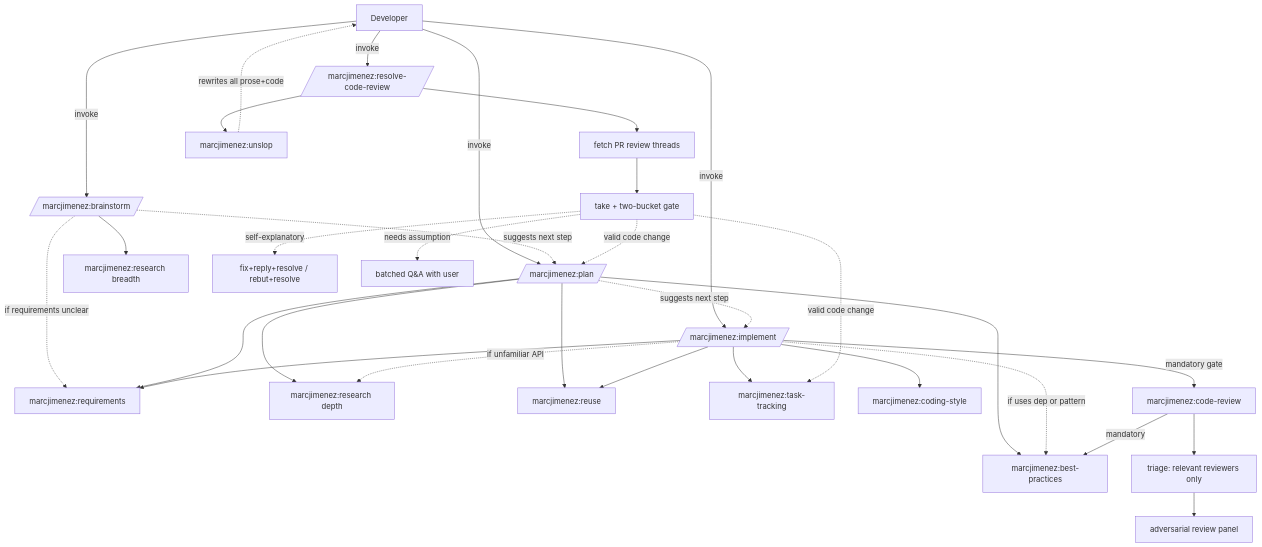
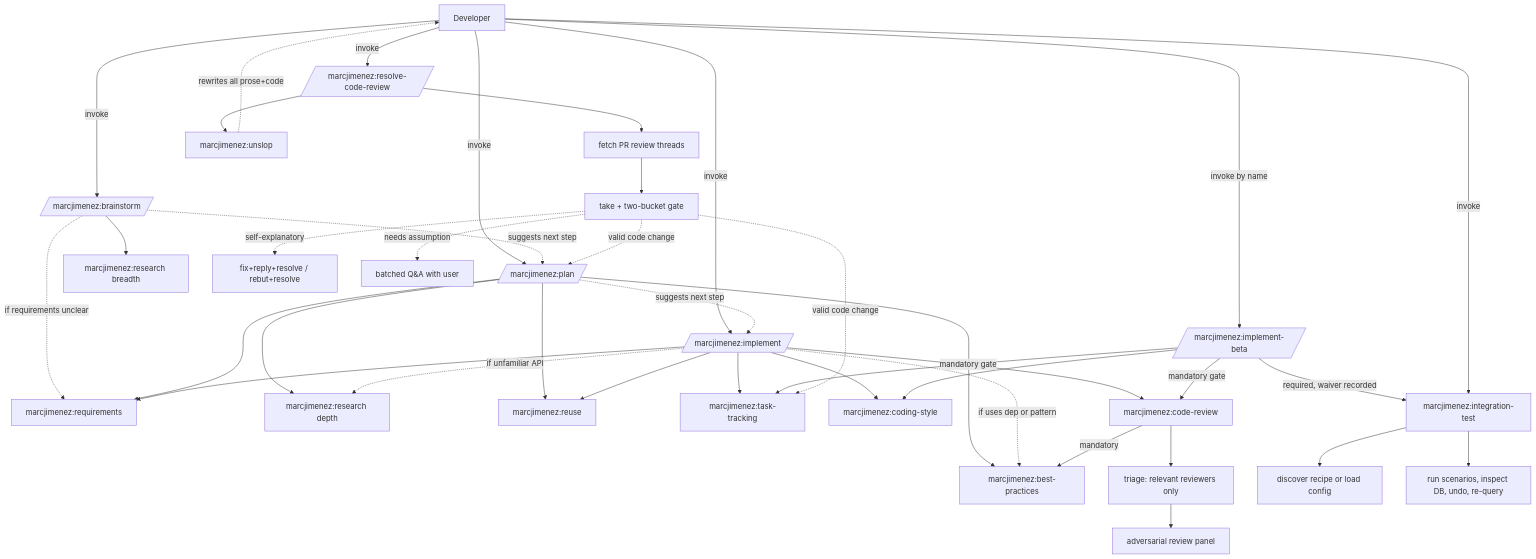
Before and after one commit to marcjimenez/skills: the diagram in README.md, drawn with Mermaid. The commit also changed other lines of this file and 14 other files, not shown here.

First line of the commit message:
feat: end-to-end integration testing behind implement-beta, plus an invocation-posture guard (#6)

````diff
--- a/README.md
+++ b/README.md
@@ -45,33 +54,41 @@
 ```mermaid
 flowchart TD
     U[Developer] -->|invoke| BR[/marcjimenez:brainstorm/]
     U -->|invoke| PL[/marcjimenez:plan/]
     U -->|invoke| IM[/marcjimenez:implement/]
     BR --> RS[marcjimenez:research breadth]
     BR -.if requirements unclear.-> RQ
     BR -.suggests next step.-> PL
     PL --> RQ[marcjimenez:requirements]
     PL --> RSD[marcjimenez:research depth]
     PL --> RU[marcjimenez:reuse]
     PL --> BP[marcjimenez:best-practices]
     PL -.suggests next step.-> IM
     IM --> RQ
     IM --> TT[marcjimenez:task-tracking]
     IM --> RU
     IM --> CS[marcjimenez:coding-style]
     IM -.if unfamiliar API.-> RSD
     IM -.if uses dep or pattern.-> BP
     IM -->|mandatory gate| CR[marcjimenez:code-review]
     CR --> TRI[triage: relevant reviewers only]
     CR -->|mandatory| BP
     TRI --> REV[adversarial review panel]
+    U -->|invoke by name| IMB[/marcjimenez:implement-beta/]
+    IMB --> TT
+    IMB --> CS
+    IMB -->|required, waiver recorded| IT[marcjimenez:integration-test]
+    IT --> ITD[discover recipe or load config]
+    IT --> ITR[run scenarios, inspect DB, undo, re-query]
+    IMB -->|mandatory gate| CR
+    U -->|invoke| IT
     U -->|invoke| RCR[/marcjimenez:resolve-code-review/]
     RCR --> RCRF[fetch PR review threads]
     RCRF --> RCRT[take + two-bucket gate]
     RCRT -.self-explanatory.-> RCRA[fix+reply+resolve / rebut+resolve]
     RCRT -.needs assumption.-> RCRQ[batched Q&A with user]
     RCRT -.valid code change.-> TT
     RCR --> US[marcjimenez:unslop]
     RCRT -.valid code change.-> PL
     US -.rewrites all prose+code.-> U
 ```
````
